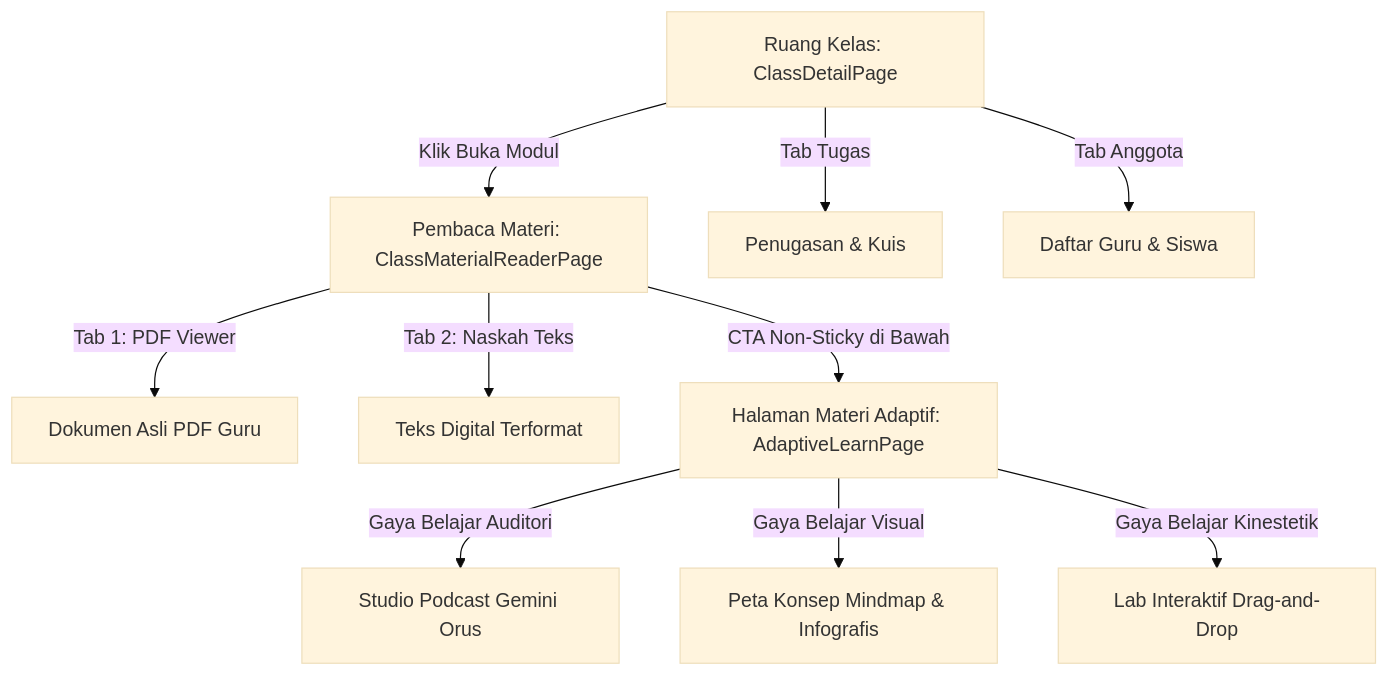
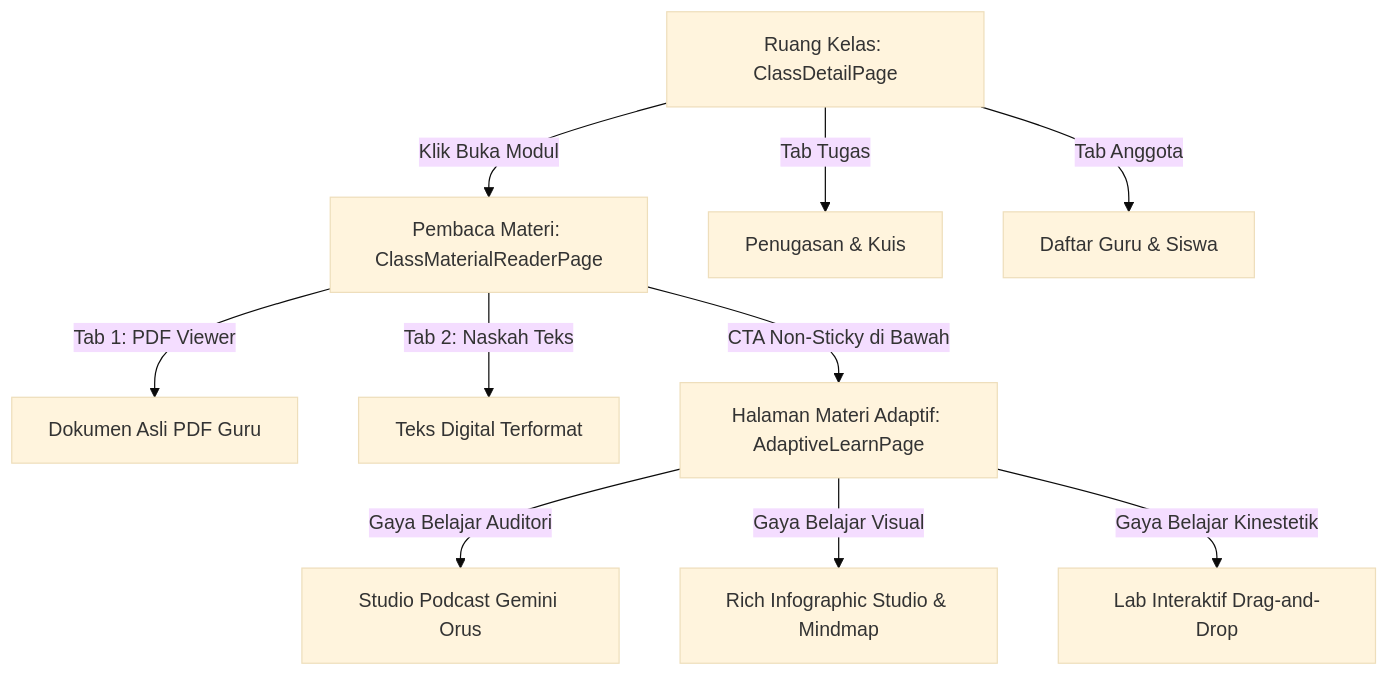
Before and after one commit to RuneSong-ctrl/Platform-Pembelajaran-Adaptif: the second of 2 diagrams in WALKTHROUGH_TRACK.md, drawn with Mermaid (base theme). The commit also changed other lines of this file and 32 other files, not shown here.

````diff
--- a/WALKTHROUGH_TRACK.md
+++ b/WALKTHROUGH_TRACK.md
@@ -67,12 +94,12 @@
 ```mermaid
 graph TD
     A["Ruang Kelas: ClassDetailPage"] -->|Klik Buka Modul| B["Pembaca Materi: ClassMaterialReaderPage"]
     A -->|Tab Tugas| C["Penugasan & Kuis"]
     A -->|Tab Anggota| D["Daftar Guru & Siswa"]
     B -->|Tab 1: PDF Viewer| E["Dokumen Asli PDF Guru"]
     B -->|Tab 2: Naskah Teks| F["Teks Digital Terformat"]
     B -->|CTA Non-Sticky di Bawah| G["Halaman Materi Adaptif: AdaptiveLearnPage"]
     G -->|Gaya Belajar Auditori| H["Studio Podcast Gemini Orus"]
-    G -->|Gaya Belajar Visual| I["Peta Konsep Mindmap & Infografis"]
+    G -->|Gaya Belajar Visual| I["Rich Infographic Studio & Mindmap"]
     G -->|Gaya Belajar Kinestetik| J["Lab Interaktif Drag-and-Drop"]
 ```
````
